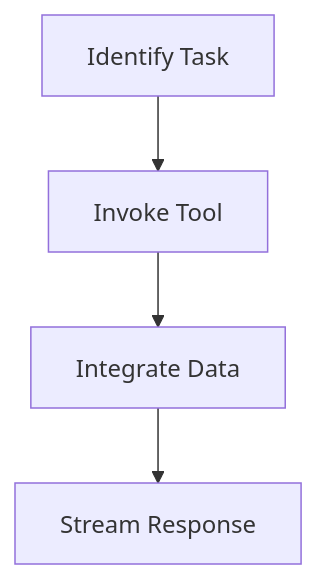
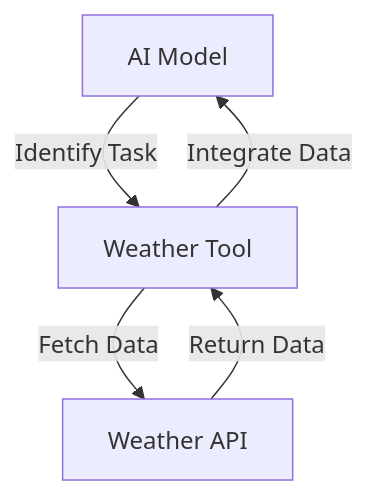
One commit to reeawnc/cloudflare changed the second of 2 diagrams in apps/tool-calling-stream-traditional/README.md. Above: the diagram before and after it, drawn with Mermaid. The commit also changed other lines of this file and 18 other files, not shown here.

````diff
--- a/apps/tool-calling-stream-traditional/README.md
+++ b/apps/tool-calling-stream-traditional/README.md
@@ -117,6 +82,7 @@
 ```mermaid
-graph TD
-    A[Identify Task] --> B[Invoke Tool]
-    B --> C[Integrate Data]
-    C --> D[Stream Response]
+graph TD;
+    A[AI Model] -->|Identify Task| B[Weather Tool]
+    B -->|Fetch Data| C[Weather API]
+    C -->|Return Data| B
+    B -->|Integrate Data| A
 ```
````
